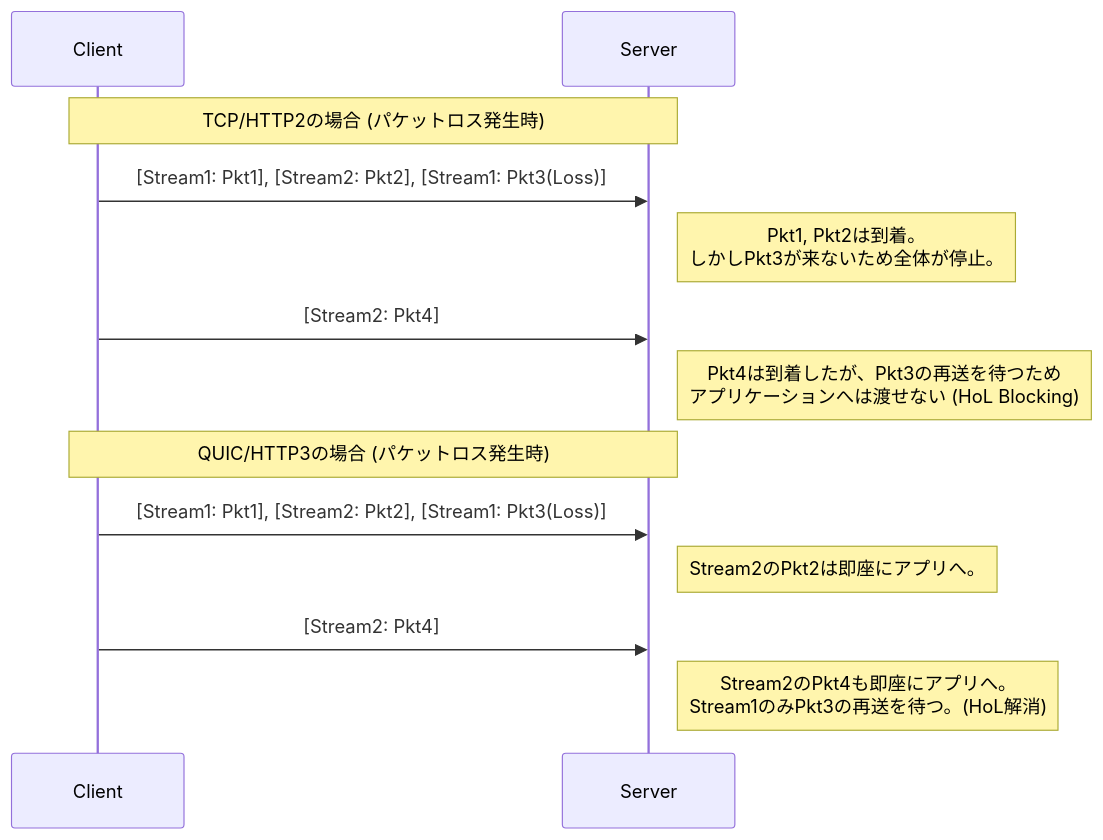
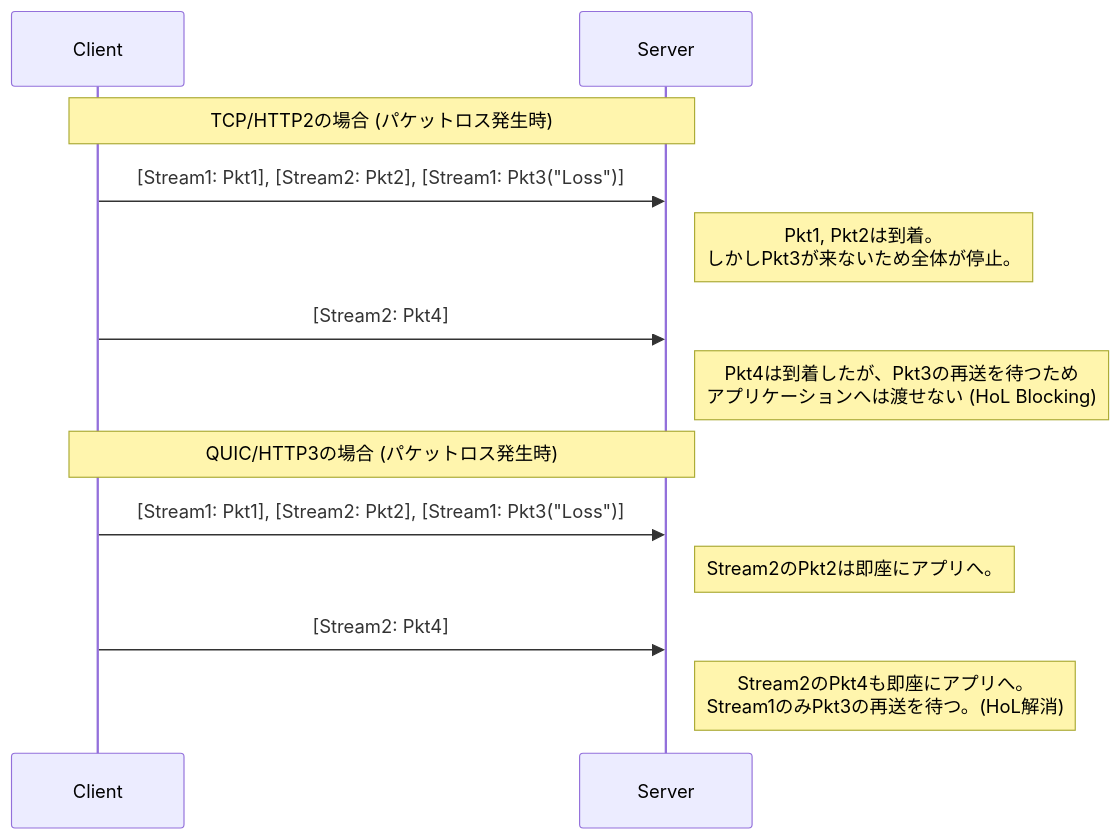
Before and after one commit to kenjinote/blog: the third of 4 diagrams in content/post/http3-quic-protocol-tcp-udp/index.md, drawn with Mermaid. The commit also changed other lines of this file and 929 other files, not shown here.

Commit message:
fix: Add double quotes to all Mermaid node texts to resolve syntax errors

````diff
--- a/content/post/http3-quic-protocol-tcp-udp/index.md
+++ b/content/post/http3-quic-protocol-tcp-udp/index.md
@@ -142,17 +142,17 @@
 ```mermaid
 sequenceDiagram
     participant Client
     participant Server
     
     Note over Client, Server: TCP/HTTP2の場合 (パケットロス発生時)
-    Client->>Server: [Stream1: Pkt1], [Stream2: Pkt2], [Stream1: Pkt3(Loss)]
+    Client->>Server: [Stream1: Pkt1], [Stream2: Pkt2], [Stream1: Pkt3("Loss")]
     Note right of Server: Pkt1, Pkt2は到着。<br/>しかしPkt3が来ないため全体が停止。
     Client->>Server: [Stream2: Pkt4]
     Note right of Server: Pkt4は到着したが、Pkt3の再送を待つため<br/>アプリケーションへは渡せない (HoL Blocking)
     
     Note over Client, Server: QUIC/HTTP3の場合 (パケットロス発生時)
-    Client->>Server: [Stream1: Pkt1], [Stream2: Pkt2], [Stream1: Pkt3(Loss)]
+    Client->>Server: [Stream1: Pkt1], [Stream2: Pkt2], [Stream1: Pkt3("Loss")]
     Note right of Server: Stream2のPkt2は即座にアプリへ。
     Client->>Server: [Stream2: Pkt4]
     Note right of Server: Stream2のPkt4も即座にアプリへ。<br/>Stream1のみPkt3の再送を待つ。(HoL解消)
 ```
````
